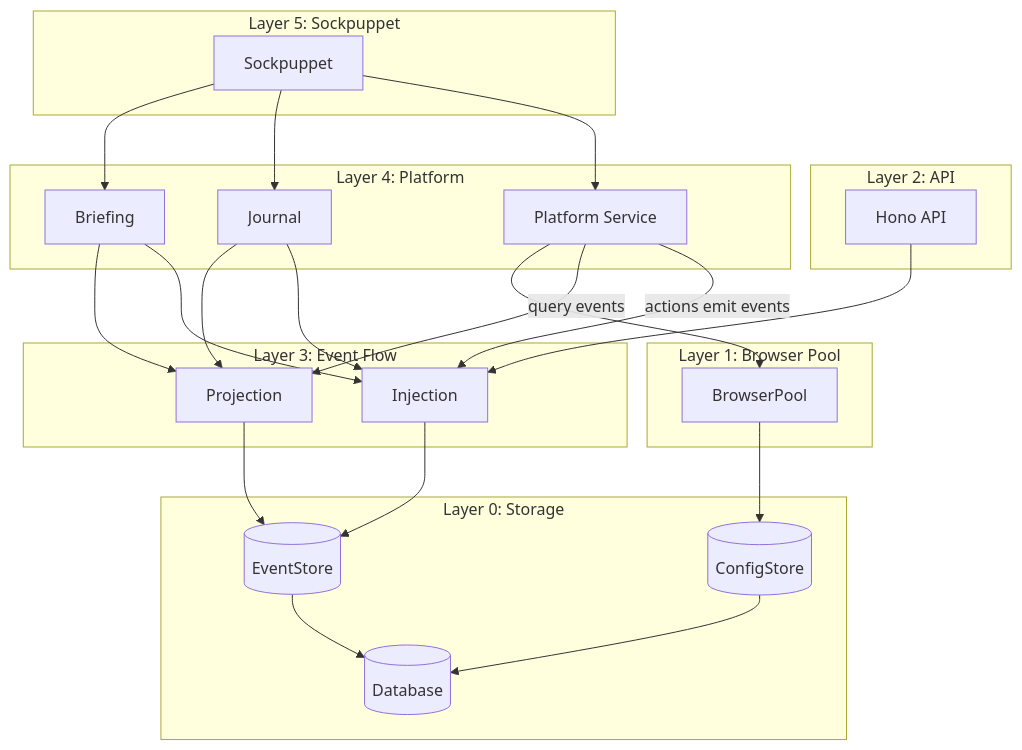
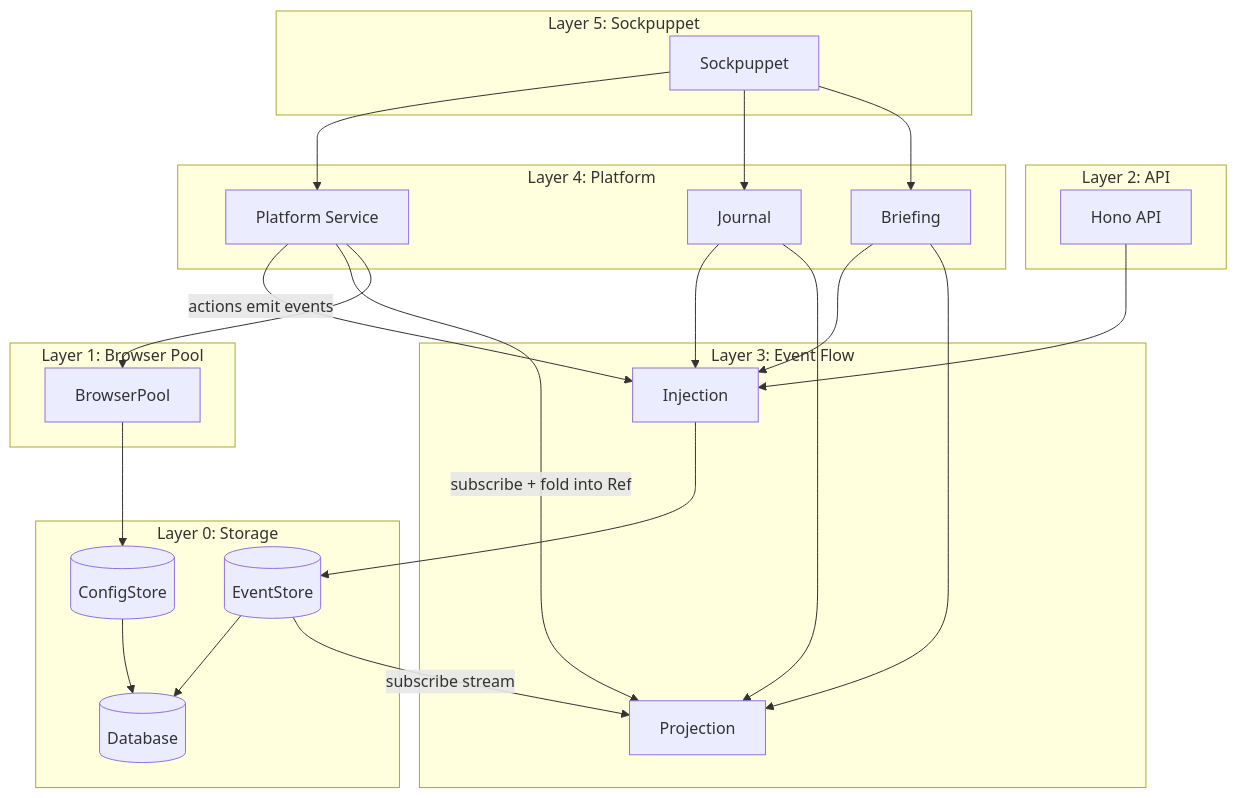
One commit to ToxicPine/bernays changed the fourth of 7 diagrams in ARCHITECTURE.md. Above: the diagram before and after it, drawn with Mermaid. The commit also changed other lines of this file and 1 other file, not shown here.

Commit message:
Update plans: reactive EventStore with subscribe stream, not deferred polling

````diff
--- a/ARCHITECTURE.md
+++ b/ARCHITECTURE.md
@@ -877,48 +875,48 @@
 ```mermaid
 graph TB
     subgraph "Layer 0: Storage"
         DB[(Database)]
         ES[(EventStore)]
         CS[(ConfigStore)]
     end
 
     subgraph "Layer 1: Browser Pool"
         BP[BrowserPool]
     end
 
     subgraph "Layer 2: API"
         API[Hono API]
     end
 
     subgraph "Layer 3: Event Flow"
         INJ[Injection]
         PR[Projection]
     end
 
     subgraph "Layer 4: Platform"
         PL[Platform Service]
         JN[Journal]
         BR[Briefing]
     end
 
     subgraph "Layer 5: Sockpuppet"
         SP[Sockpuppet]
     end
 
     ES --> DB
     CS --> DB
     BP --> CS
     API --> INJ
     PL -->|"actions emit events"| INJ
     INJ --> ES
-    PR --> ES
-    PL -->|"query events"| PR
+    ES -->|"subscribe stream"| PR
+    PL -->|"subscribe + fold into Ref"| PR
     PL --> BP
     JN --> INJ
     JN --> PR
     BR --> INJ
     BR --> PR
     SP --> PL
     SP --> JN
     SP --> BR
 ```
````
